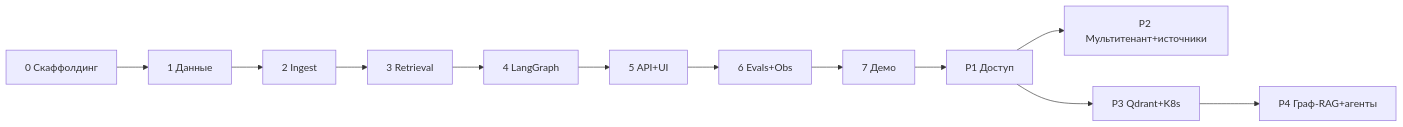
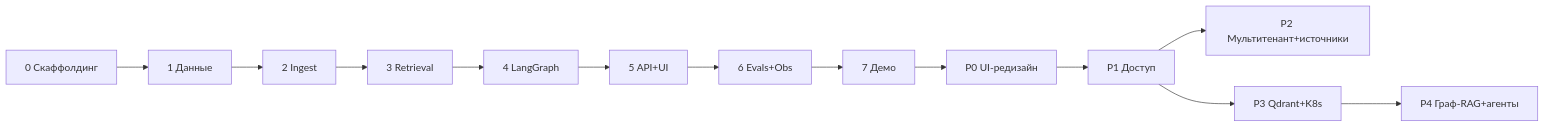
One commit to axrmxv/lyra changed the diagram in PLAN.md. Above: the diagram before and after it, drawn with Mermaid. The commit also changed other lines of this file, not shown here.

````diff
--- a/PLAN.md
+++ b/PLAN.md
@@ -91,6 +95,6 @@
 ```mermaid
 flowchart LR
     F0[0 Скаффолдинг] --> F1[1 Данные] --> F2[2 Ingest] --> F3[3 Retrieval] --> F4[4 LangGraph] --> F5[5 API+UI] --> F6[6 Evals+Obs] --> F7[7 Демо]
-    F7 --> P1[P1 Доступ] --> P2[P2 Мультитенант+источники]
+    F7 --> P0[P0 UI-редизайн] --> P1[P1 Доступ] --> P2[P2 Мультитенант+источники]
     P1 --> P3[P3 Qdrant+K8s] --> P4[P4 Граф-RAG+агенты]
 ```
````
